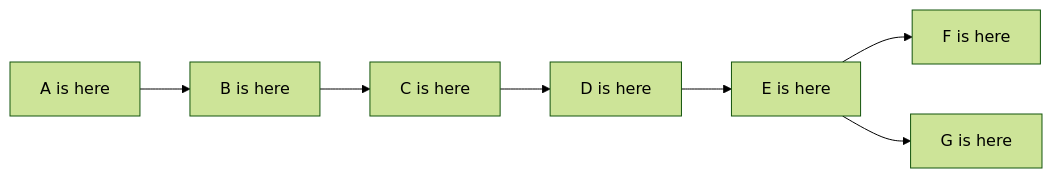
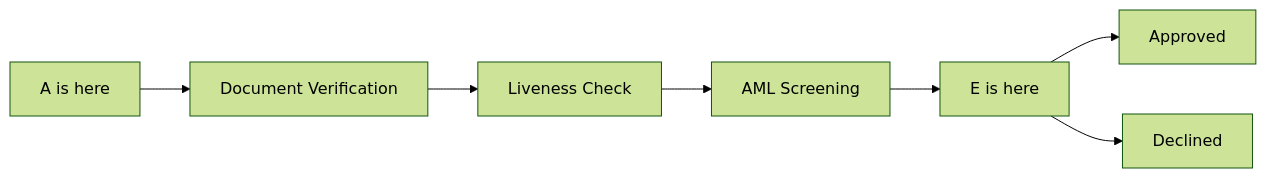
Before and after one commit to Fantastic-Devs/Mintlify: the diagram in id/id.mdx, drawn with Mermaid (forest theme).

````diff
--- a/id/id.mdx
+++ b/id/id.mdx
@@ -17,17 +17,17 @@
 ```mermaid
 
 graph LR;
     A["`A is here`"]
-    B["`B is here`"]
-    C["`C is here`"]
-    D["`D is here`"]
+    B["`Document Verification`"]
+    C["`Liveness Check`"]
+    D["`AML Screening`"]
     E["`E is here`"]
-    F["`F is here`"]
-    G["`G is here`"]
+    F["`Approved`"]
+    G["`Declined`"]
     A--> B;
     B--> C;
     C--> D;
     D--> E;
     E--> F & G;
 
 ```
````
